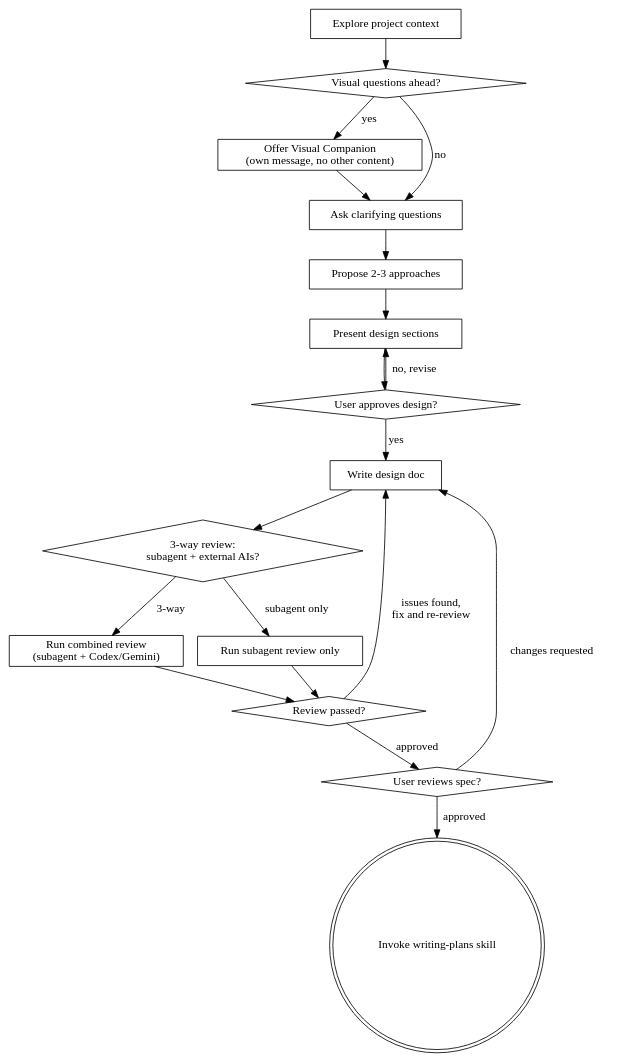
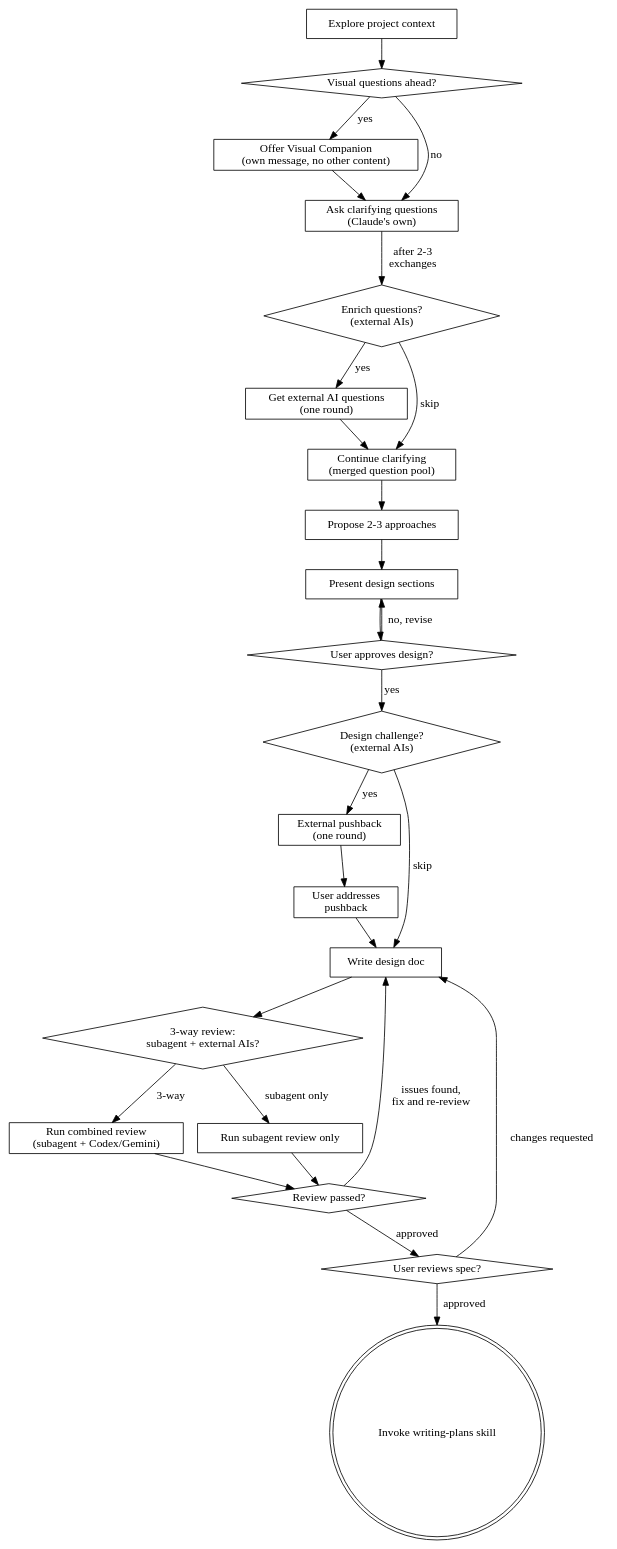
One commit to DejaVu-Cyber/superpowers-consulted changed the diagram in skills/brainstorming/SKILL.md. Above: the diagram before and after it, drawn with Graphviz. The commit also changed other lines of this file and 3 other files, not shown here.

First line of the commit message:
feat: add multi-perspective questions and design challenge to brainstorming

````diff
--- a/skills/brainstorming/SKILL.md
+++ b/skills/brainstorming/SKILL.md
@@ -36,37 +37,51 @@
 ```dot
 digraph brainstorming {
     "Explore project context" [shape=box];
     "Visual questions ahead?" [shape=diamond];
     "Offer Visual Companion\n(own message, no other content)" [shape=box];
-    "Ask clarifying questions" [shape=box];
+    "Ask clarifying questions\n(Claude's own)" [shape=box];
+    "Enrich questions?\n(external AIs)" [shape=diamond];
+    "Get external AI questions\n(one round)" [shape=box];
+    "Continue clarifying\n(merged question pool)" [shape=box];
     "Propose 2-3 approaches" [shape=box];
     "Present design sections" [shape=box];
     "User approves design?" [shape=diamond];
+    "Design challenge?\n(external AIs)" [shape=diamond];
+    "External pushback\n(one round)" [shape=box];
+    "User addresses\npushback" [shape=box];
     "Write design doc" [shape=box];
     "3-way review:\nsubagent + external AIs?" [shape=diamond];
     "Run combined review\n(subagent + Codex/Gemini)" [shape=box];
     "Run subagent review only" [shape=box];
     "Review passed?" [shape=diamond];
     "User reviews spec?" [shape=diamond];
     "Invoke writing-plans skill" [shape=doublecircle];
 
     "Explore project context" -> "Visual questions ahead?";
     "Visual questions ahead?" -> "Offer Visual Companion\n(own message, no other content)" [label="yes"];
-    "Visual questions ahead?" -> "Ask clarifying questions" [label="no"];
-    "Offer Visual Companion\n(own message, no other content)" -> "Ask clarifying questions";
-    "Ask clarifying questions" -> "Propose 2-3 approaches";
+    "Visual questions ahead?" -> "Ask clarifying questions\n(Claude's own)" [label="no"];
+    "Offer Visual Companion\n(own message, no other content)" -> "Ask clarifying questions\n(Claude's own)";
+    "Ask clarifying questions\n(Claude's own)" -> "Enrich questions?\n(external AIs)" [label="after 2-3\nexchanges"];
+    "Enrich questions?\n(external AIs)" -> "Get external AI questions\n(one round)" [label="yes"];
+    "Enrich questions?\n(external AIs)" -> "Continue clarifying\n(merged question pool)" [label="skip"];
+    "Get external AI questions\n(one round)" -> "Continue clarifying\n(merged question pool)";
+    "Continue clarifying\n(merged question pool)" -> "Propose 2-3 approaches";
     "Propose 2-3 approaches" -> "Present design sections";
     "Present design sections" -> "User approves design?";
     "User approves design?" -> "Present design sections" [label="no, revise"];
-    "User approves design?" -> "Write design doc" [label="yes"];
+    "User approves design?" -> "Design challenge?\n(external AIs)" [label="yes"];
+    "Design challenge?\n(external AIs)" -> "External pushback\n(one round)" [label="yes"];
+    "Design challenge?\n(external AIs)" -> "Write design doc" [label="skip"];
+    "External pushback\n(one round)" -> "User addresses\npushback";
+    "User addresses\npushback" -> "Write design doc";
     "Write design doc" -> "3-way review:\nsubagent + external AIs?";
     "3-way review:\nsubagent + external AIs?" -> "Run combined review\n(subagent + Codex/Gemini)" [label="3-way"];
     "3-way review:\nsubagent + external AIs?" -> "Run subagent review only" [label="subagent only"];
     "Run combined review\n(subagent + Codex/Gemini)" -> "Review passed?";
     "Run subagent review only" -> "Review passed?";
     "Review passed?" -> "Write design doc" [label="issues found,\nfix and re-review"];
     "Review passed?" -> "User reviews spec?" [label="approved"];
     "User reviews spec?" -> "Write design doc" [label="changes requested"];
     "User reviews spec?" -> "Invoke writing-plans skill" [label="approved"];
 }
 ```
````
